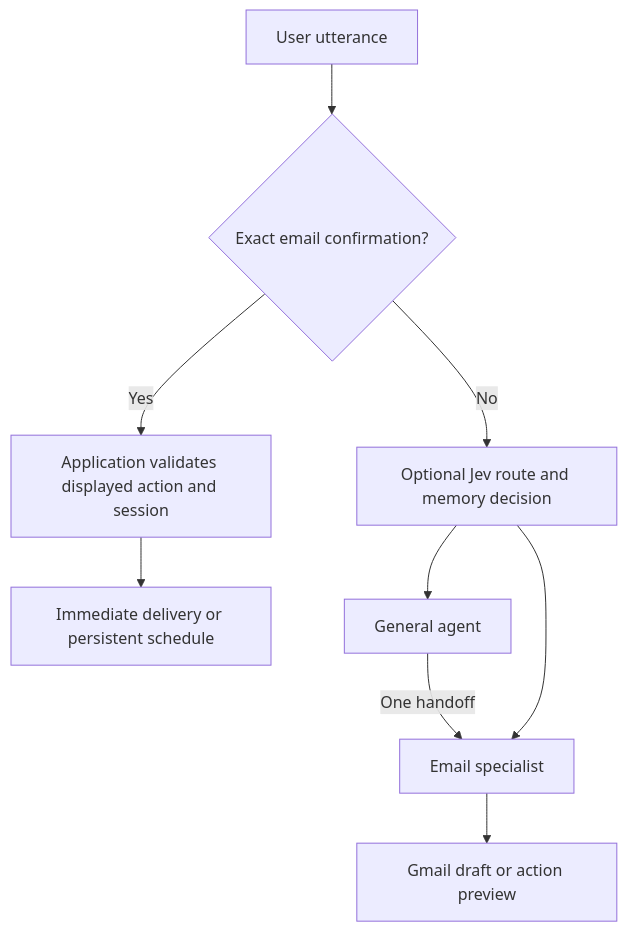
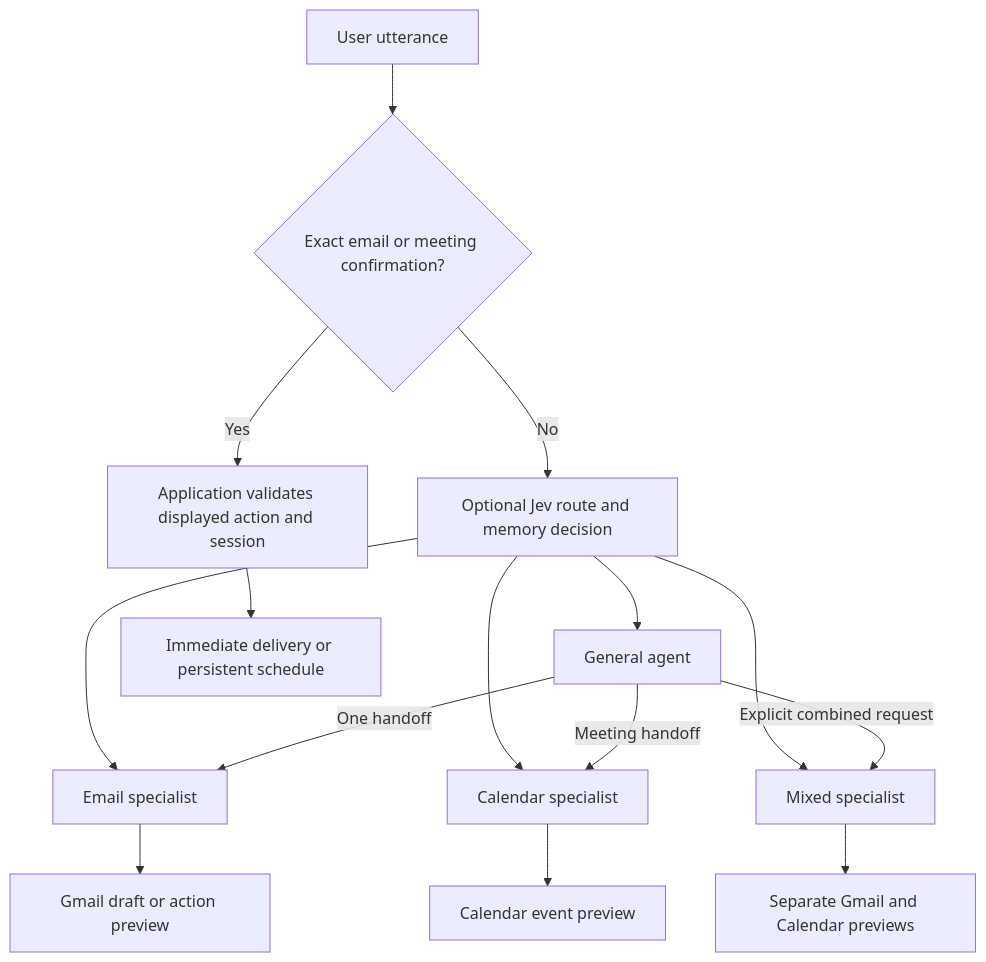
One commit to NarayanAnanthaKrishnan/Jarvis changed the diagram in README.md. Above: the diagram before and after it, drawn with Mermaid. The commit also changed other lines of this file and 27 other files, not shown here.

Commit message:
Add approved Google Calendar meeting agent

````diff
--- a/README.md
+++ b/README.md
@@ -64,11 +77,17 @@
 ```mermaid
 flowchart TD
-    U[User utterance] --> C{Exact email confirmation?}
+    U[User utterance] --> C{Exact email or meeting confirmation?}
     C -->|Yes| A[Application validates displayed action and session]
     C -->|No| R[Optional Jev route and memory decision]
     R --> G[General agent]
     R --> E[Email specialist]
+    R --> K[Calendar specialist]
+    R --> M[Mixed specialist]
     G -->|One handoff| E
+    G -->|Meeting handoff| K
+    G -->|Explicit combined request| M
     E --> D[Gmail draft or action preview]
+    K --> V[Calendar event preview]
+    M --> X[Separate Gmail and Calendar previews]
     A --> S[Immediate delivery or persistent schedule]
 ```
````
